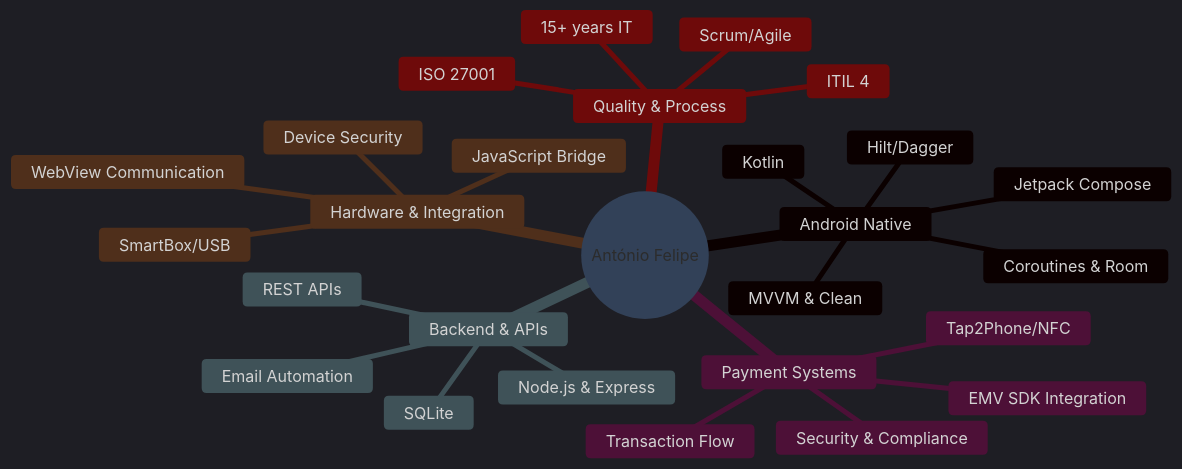
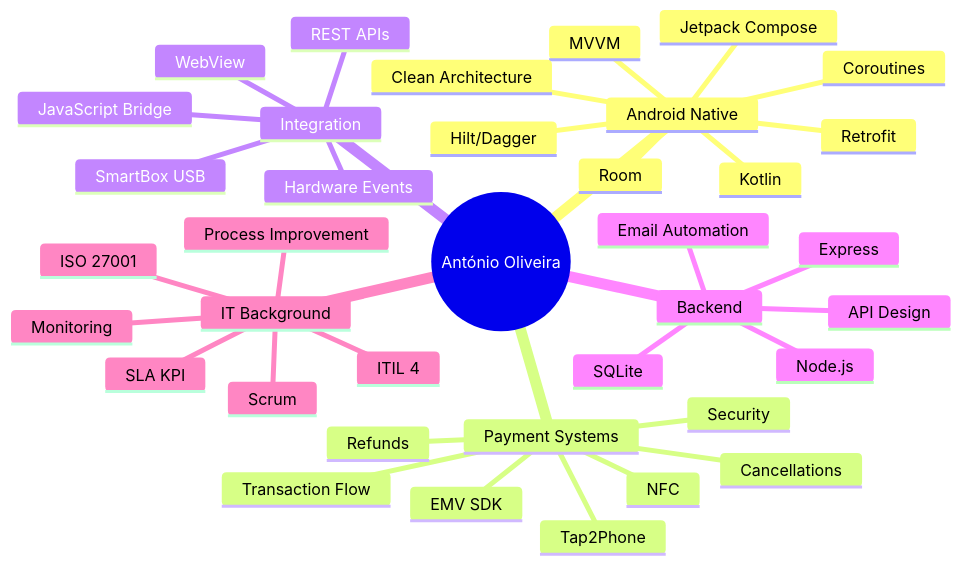
Before and after one commit to afoliveira111/afoliveira111: the second of 2 diagrams in README.md, drawn with Mermaid. The commit also changed other lines of this file, not shown here.

````diff
--- a/README.md
+++ b/README.md
@@ -249,31 +303,40 @@
 ```mermaid
-%%{init: {'theme':'dark', 'themeVariables': { 'primaryColor':'#00BFBF', 'primaryTextColor':'#fff', 'primaryBorderColor':'#00FF88', 'lineColor':'#00BFBF', 'secondaryColor':'#0D1117', 'tertiaryColor':'#1a1a1a'}}}%%
 mindmap
-  root((António Felipe))
+  root((António Oliveira))
     Android Native
       Kotlin
-      MVVM & Clean
+      MVVM
+      Clean Architecture
       Jetpack Compose
-      Coroutines & Room
+      Coroutines
+      Room
+      Retrofit
       Hilt/Dagger
     Payment Systems
-      EMV SDK Integration
-      Tap2Phone/NFC
+      EMV SDK
+      Tap2Phone
+      NFC
       Transaction Flow
-      Security & Compliance
-    Backend & APIs
-      Node.js & Express
+      Refunds
+      Cancellations
+      Security
+    Integration
       REST APIs
+      WebView
+      JavaScript Bridge
+      SmartBox USB
+      Hardware Events
+    Backend
+      Node.js
+      Express
       SQLite
       Email Automation
-    Hardware & Integration
-      SmartBox/USB
-      JavaScript Bridge
-      WebView Communication
-      Device Security
-    Quality & Process
+      API Design
+    IT Background
       ITIL 4
-      Scrum/Agile
+      Scrum
       ISO 27001
-      15+ years IT
+      Monitoring
+      SLA KPI
+      Process Improvement
 ```
````
